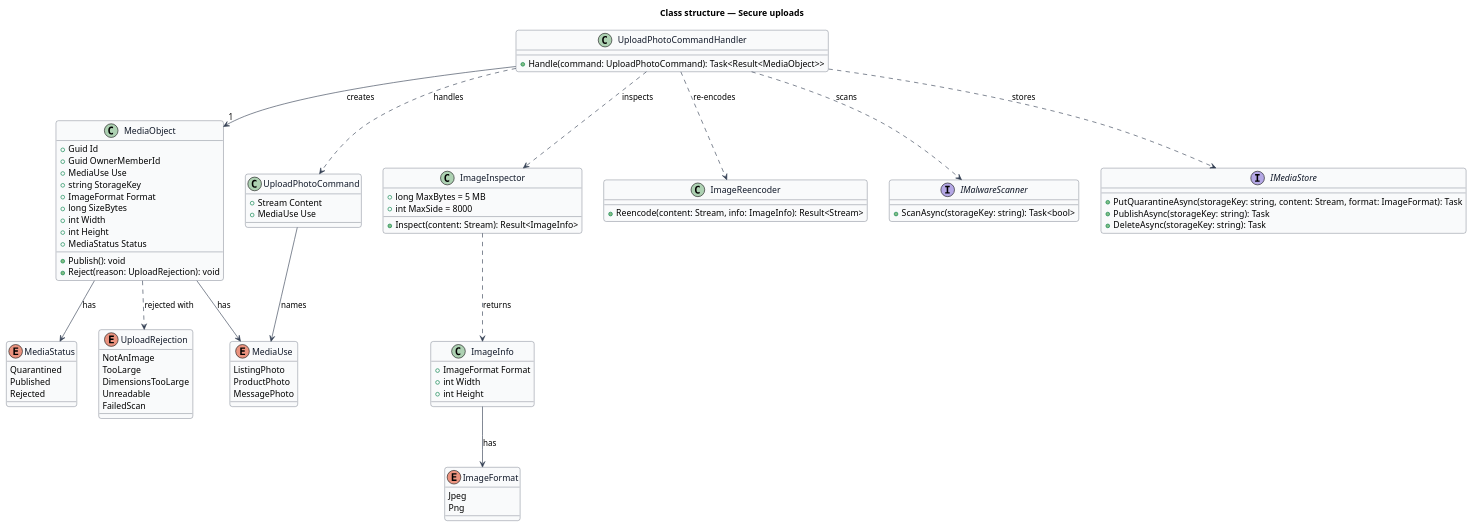
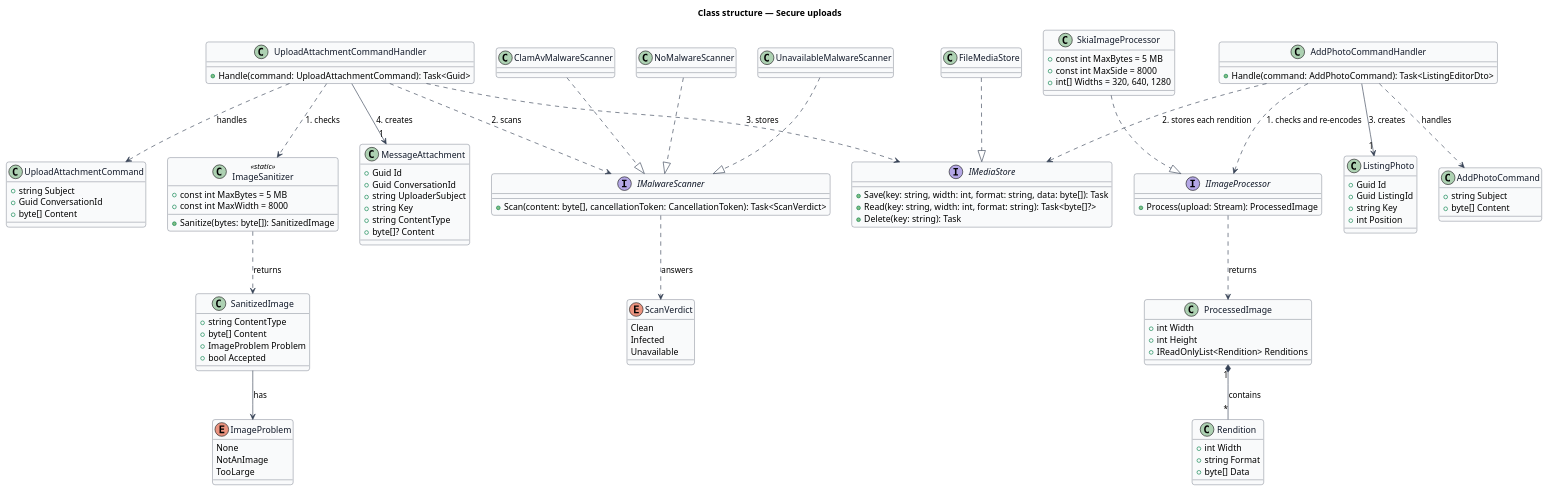
One commit to QuinntyneBrown/jubilee changed the diagram in docs/detailed-designs/security/secure-uploads/diagrams/class-structure.puml. Above: the diagram before and after it, drawn with PlantUML. The commit also changed 62 other files, not shown here.

```diff
--- a/docs/detailed-designs/security/secure-uploads/diagrams/class-structure.puml
+++ b/docs/detailed-designs/security/secure-uploads/diagrams/class-structure.puml
@@ -1,102 +1,133 @@
 @startuml
 ' --- shared skin header ---
 skinparam backgroundColor #FFFFFF
 skinparam shadowing false
 skinparam roundcorner 8
 skinparam defaultFontName Arial
 skinparam ArrowColor #344054
 skinparam class {
   BorderColor #344054
   FontColor #101828
   BackgroundColor #F9FAFB
 }
 ' --------------------------
 title Class structure — Secure uploads
 
-enum MediaUse {
-  ListingPhoto
-  ProductPhoto
-  MessagePhoto
+class UploadAttachmentCommand {
+  +string Subject
+  +Guid ConversationId
+  +byte[] Content
 }
 
-enum MediaStatus {
-  Quarantined
-  Published
-  Rejected
+class UploadAttachmentCommandHandler {
+  +Handle(command: UploadAttachmentCommand): Task<Guid>
 }
 
-enum UploadRejection {
+class ImageSanitizer <<static>> {
+  +const int MaxBytes = 5 MB
+  +const int MaxWidth = 8000
+  +Sanitize(bytes: byte[]): SanitizedImage
+}
+
+class SanitizedImage {
+  +string ContentType
+  +byte[] Content
+  +ImageProblem Problem
+  +bool Accepted
+}
+
+enum ImageProblem {
+  None
   NotAnImage
   TooLarge
-  DimensionsTooLarge
-  Unreadable
-  FailedScan
-}
-
-enum ImageFormat {
-  Jpeg
-  Png
-}
-
-class MediaObject {
-  +Guid Id
-  +Guid OwnerMemberId
-  +MediaUse Use
-  +string StorageKey
-  +ImageFormat Format
-  +long SizeBytes
-  +int Width
-  +int Height
-  +MediaStatus Status
-  +Publish(): void
-  +Reject(reason: UploadRejection): void
-}
-
-class UploadPhotoCommand {
-  +Stream Content
-  +MediaUse Use
-}
-
-class UploadPhotoCommandHandler {
-  +Handle(command: UploadPhotoCommand): Task<Result<MediaObject>>
-}
-
-class ImageInspector {
-  +long MaxBytes = 5 MB
-  +int MaxSide = 8000
-  +Inspect(content: Stream): Result<ImageInfo>
-}
-
-class ImageInfo {
-  +ImageFormat Format
-  +int Width
-  +int Height
-}
-
-class ImageReencoder {
-  +Reencode(content: Stream, info: ImageInfo): Result<Stream>
 }
 
 interface IMalwareScanner {
-  +ScanAsync(storageKey: string): Task<bool>
+  +Scan(content: byte[], cancellationToken: CancellationToken): Task<ScanVerdict>
 }
 
-interface IMediaStore {
-  +PutQuarantineAsync(storageKey: string, content: Stream, format: ImageFormat): Task
-  +PublishAsync(storageKey: string): Task
-  +DeleteAsync(storageKey: string): Task
+enum ScanVerdict {
+  Clean
+  Infected
+  Unavailable
 }
 
-UploadPhotoCommandHandler ..> UploadPhotoCommand : handles
-UploadPhotoCommandHandler ..> ImageInspector : inspects
-UploadPhotoCommandHandler ..> ImageReencoder : re-encodes
-UploadPhotoCommandHandler ..> IMalwareScanner : scans
-UploadPhotoCommandHandler ..> IMediaStore : stores
-UploadPhotoCommandHandler --> "1" MediaObject : creates
-ImageInspector ..> ImageInfo : returns
-ImageInfo --> ImageFormat : has
-MediaObject --> MediaStatus : has
-MediaObject --> MediaUse : has
-MediaObject ..> UploadRejection : rejected with
-UploadPhotoCommand --> MediaUse : names
+class ClamAvMalwareScanner
+class NoMalwareScanner
+class UnavailableMalwareScanner
+
+interface IMediaStore {
+  +Save(key: string, width: int, format: string, data: byte[]): Task
+  +Read(key: string, width: int, format: string): Task<byte[]?>
+  +Delete(key: string): Task
+}
+
+class FileMediaStore
+
+class MessageAttachment {
+  +Guid Id
+  +Guid ConversationId
+  +string UploaderSubject
+  +string Key
+  +string ContentType
+  +byte[]? Content
+}
+
+class AddPhotoCommand {
+  +string Subject
+  +byte[] Content
+}
+
+class AddPhotoCommandHandler {
+  +Handle(command: AddPhotoCommand): Task<ListingEditorDto>
+}
+
+interface IImageProcessor {
+  +Process(upload: Stream): ProcessedImage
+}
+
+class SkiaImageProcessor {
+  +const int MaxBytes = 5 MB
+  +const int MaxSide = 8000
+  +int[] Widths = 320, 640, 1280
+}
+
+class ProcessedImage {
+  +int Width
+  +int Height
+  +IReadOnlyList<Rendition> Renditions
+}
+
+class Rendition {
+  +int Width
+  +string Format
+  +byte[] Data
+}
+
+class ListingPhoto {
+  +Guid Id
+  +Guid ListingId
+  +string Key
+  +int Position
+}
+
+UploadAttachmentCommandHandler ..> UploadAttachmentCommand : handles
+UploadAttachmentCommandHandler ..> ImageSanitizer : 1. checks
+UploadAttachmentCommandHandler ..> IMalwareScanner : 2. scans
+UploadAttachmentCommandHandler ..> IMediaStore : 3. stores
+UploadAttachmentCommandHandler --> "1" MessageAttachment : 4. creates
+ImageSanitizer ..> SanitizedImage : returns
+SanitizedImage --> ImageProblem : has
+IMalwareScanner ..> ScanVerdict : answers
+ClamAvMalwareScanner ..|> IMalwareScanner
+NoMalwareScanner ..|> IMalwareScanner
+UnavailableMalwareScanner ..|> IMalwareScanner
+FileMediaStore ..|> IMediaStore
+AddPhotoCommandHandler ..> AddPhotoCommand : handles
+AddPhotoCommandHandler ..> IImageProcessor : 1. checks and re-encodes
+AddPhotoCommandHandler ..> IMediaStore : 2. stores each rendition
+AddPhotoCommandHandler --> "1" ListingPhoto : 3. creates
+SkiaImageProcessor ..|> IImageProcessor
+IImageProcessor ..> ProcessedImage : returns
+ProcessedImage "1" *-- "*" Rendition : contains
 @enduml
```
